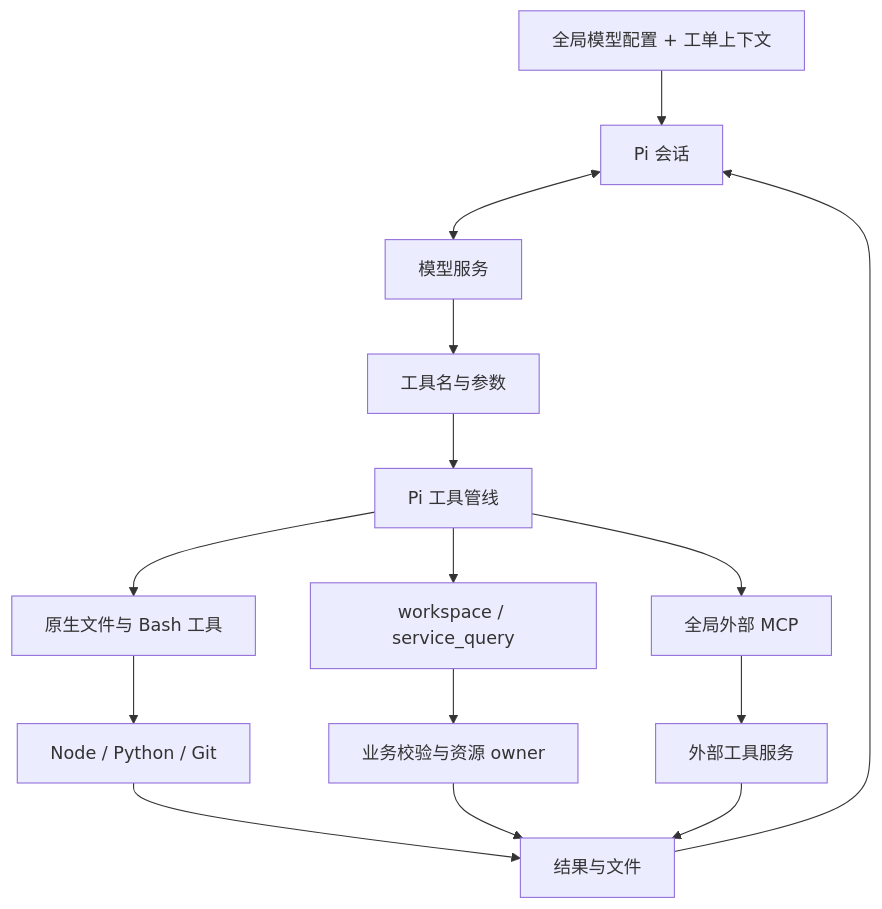
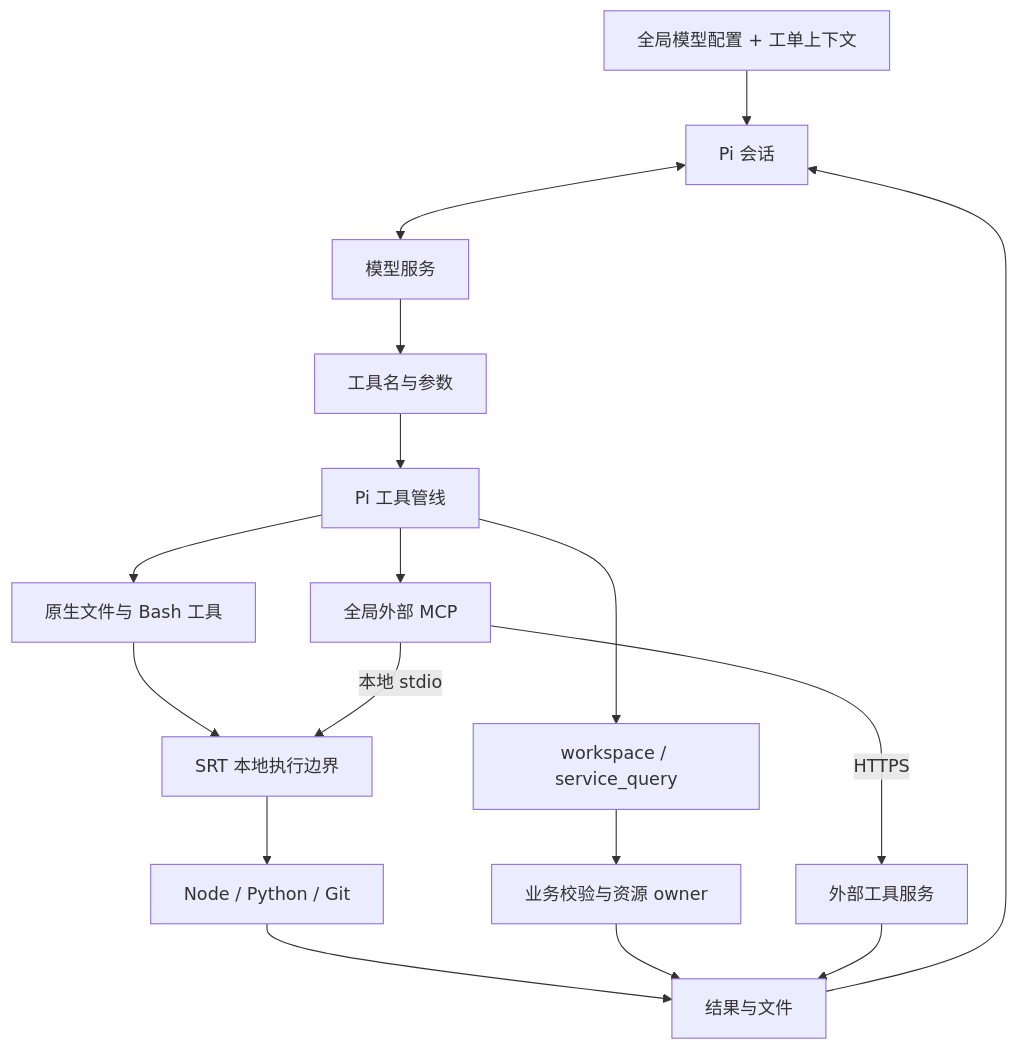
The first of 2 diagrams in docs/AGENT.md (idoly/issue-pilot), drawn with Mermaid before and after one commit. The commit also changed other lines of this file and 63 other files, not shown here.

````diff
--- a/docs/AGENT.md
+++ b/docs/AGENT.md
@@ -7,17 +7,19 @@
 ```mermaid
 flowchart TB
   Config[全局模型配置 + 工单上下文] --> Pi[Pi 会话]
   Pi <--> Model[模型服务]
   Model --> Call[工具名与参数]
   Call --> Pipeline[Pi 工具管线]
   Pipeline --> Native[原生文件与 Bash 工具]
   Pipeline --> Business[workspace / service_query]
   Pipeline --> MCP[全局外部 MCP]
-  Native --> Runtime[Node / Python / Git]
+  Native --> SRT[SRT 本地执行边界]
   Business --> Owners[业务校验与资源 owner]
-  MCP --> Servers[外部工具服务]
+  MCP -->|本地 stdio| SRT
+  MCP -->|HTTPS| Servers[外部工具服务]
+  SRT --> Runtime[Node / Python / Git]
   Runtime --> Result[结果与文件]
   Owners --> Result
   Servers --> Result
   Result --> Pi
 ```
````
